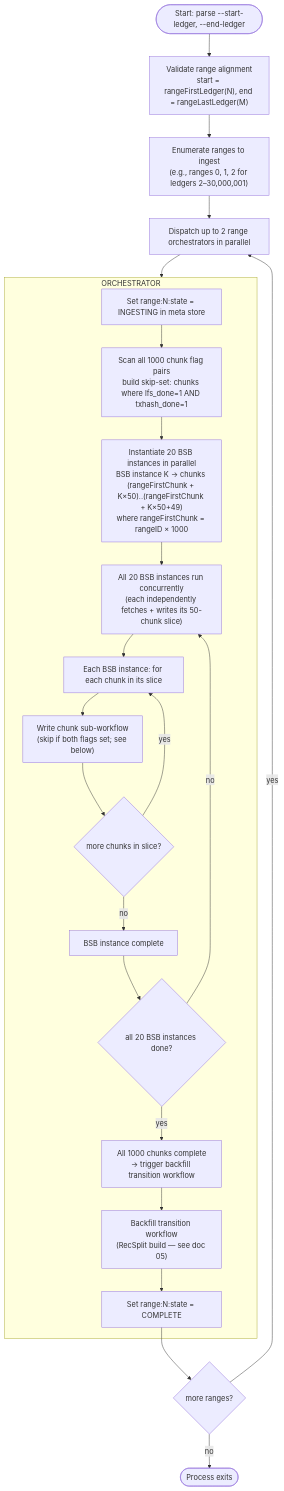
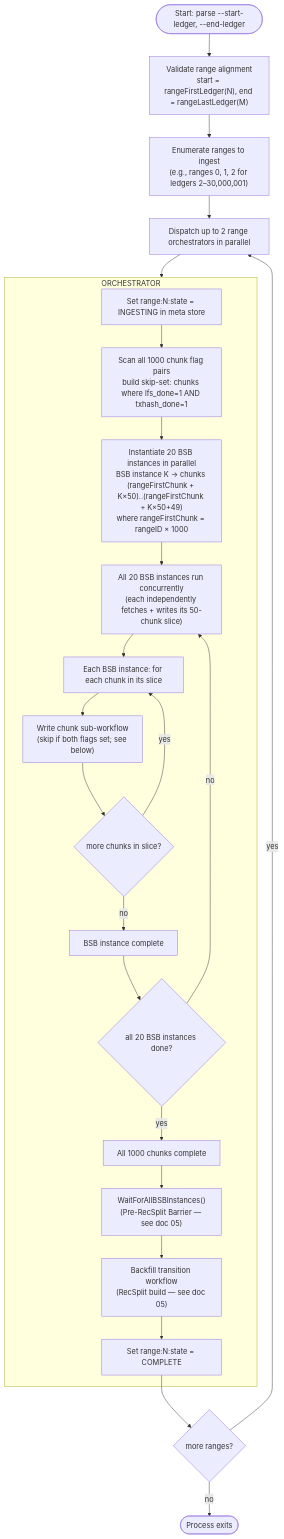
One commit to karthikiyer56/stellar-full-history-ingestion changed the first of 4 diagrams in design-docs-v2/03-backfill-workflow.md. Above: the diagram before and after it, drawn with Mermaid. The commit also changed other lines of this file and 8 other files, not shown here.

````diff
--- a/design-docs-v2/03-backfill-workflow.md
+++ b/design-docs-v2/03-backfill-workflow.md
@@ -22,28 +22,29 @@
 ```mermaid
 flowchart TD
     START(["Start: parse --start-ledger, --end-ledger"]) --> VALIDATE["Validate range alignment<br/>start = rangeFirstLedger(N), end = rangeLastLedger(M)"]
     VALIDATE --> RANGES["Enumerate ranges to ingest<br/>(e.g., ranges 0, 1, 2 for ledgers 2–30,000,001)"]
     RANGES --> DISPATCH["Dispatch up to 2 range orchestrators in parallel"]
 
     subgraph ORCHESTRATOR
         INIT["Set range:N:state = INGESTING in meta store"]
         INIT --> SCAN["Scan all 1000 chunk flag pairs<br/>build skip-set: chunks where lfs_done=1 AND txhash_done=1"]
         SCAN --> BSB_INIT["Instantiate 20 BSB instances in parallel<br/>BSB instance K → chunks (rangeFirstChunk + K×50)..(rangeFirstChunk + K×50+49)<br/>where rangeFirstChunk = rangeID × 1000"]
         BSB_INIT --> BSB_PARALLEL["All 20 BSB instances run concurrently<br/>(each independently fetches + writes its 50-chunk slice)"]
         BSB_PARALLEL --> CHUNK_LOOP["Each BSB instance: for each chunk in its slice"]
         CHUNK_LOOP --> WRITE_CHUNK["Write chunk sub-workflow<br/>(skip if both flags set; see below)"]
         WRITE_CHUNK --> MORE_CHUNKS{more chunks in slice?}
         MORE_CHUNKS -->|yes| CHUNK_LOOP
         MORE_CHUNKS -->|no| BSB_DONE["BSB instance complete"]
         BSB_DONE --> ALL_DONE{all 20 BSB instances done?}
         ALL_DONE -->|no| BSB_PARALLEL
-        ALL_DONE -->|yes| ALL_CHUNKS_DONE["All 1000 chunks complete<br/>→ trigger backfill transition workflow"]
-        ALL_CHUNKS_DONE --> TRANSITION["Backfill transition workflow<br/>(RecSplit build — see doc 05)"]
+        ALL_DONE -->|yes| ALL_CHUNKS_DONE["All 1000 chunks complete"]
+        ALL_CHUNKS_DONE --> WAIT_BSB["WaitForAllBSBInstances()<br/>(Pre-RecSplit Barrier — see doc 05)"]
+        WAIT_BSB --> TRANSITION["Backfill transition workflow<br/>(RecSplit build — see doc 05)"]
         TRANSITION --> RANGE_DONE["Set range:N:state = COMPLETE"]
     end
 
     DISPATCH --> ORCHESTRATOR
     RANGE_DONE --> NEXT_RANGE{more ranges?}
     NEXT_RANGE -->|yes| DISPATCH
     NEXT_RANGE -->|no| EXIT(["Process exits"])
 ```
````
